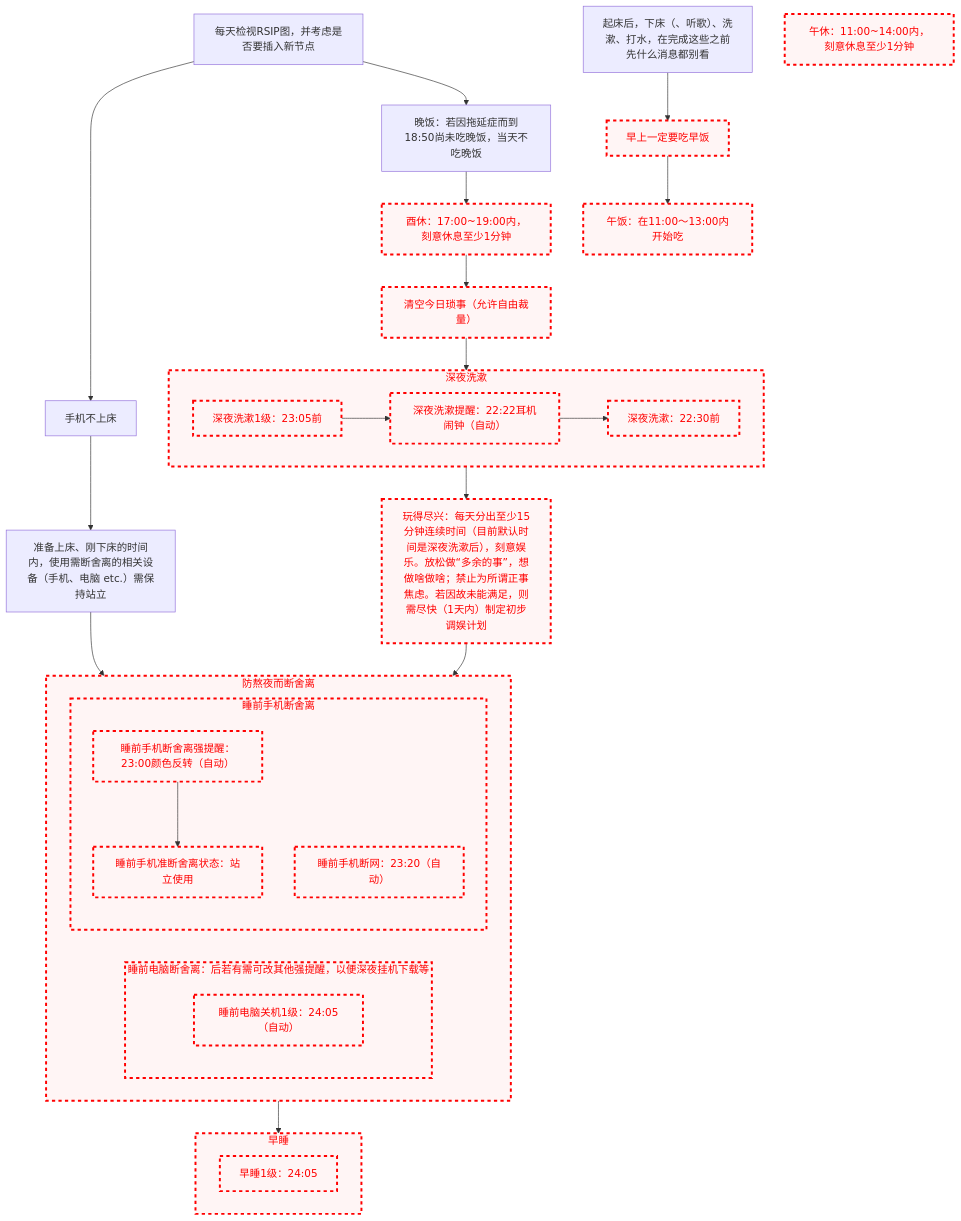
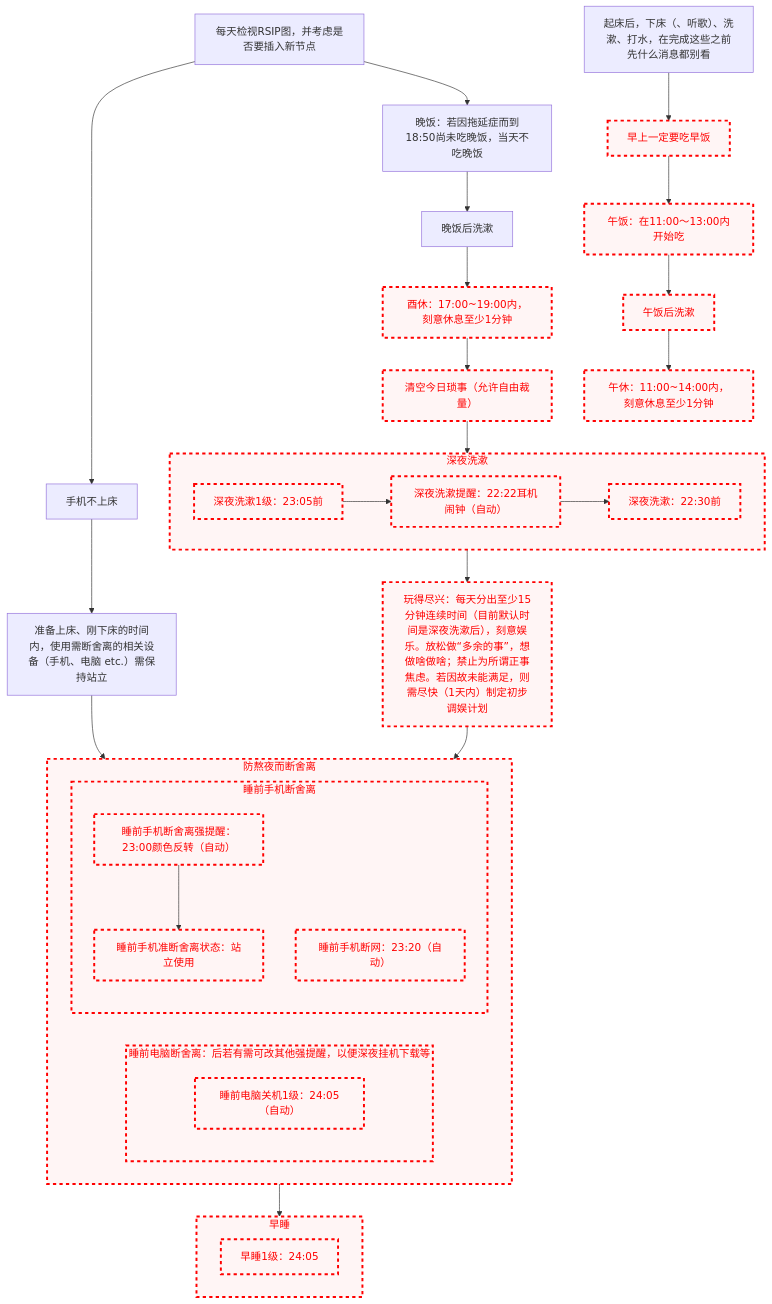
The diagram in README.md (Ethkuil/RSIP-tree), drawn with Mermaid before and after one commit.

Commit message:
insert 晚饭后洗漱

````diff
--- a/README.md
+++ b/README.md
@@ -21,67 +21,69 @@
 ```mermaid
 graph TD
 
 classDef failed stroke:#ff0000, stroke-width:3px, color:#ff0000, fill:#fff5f5, stroke-dasharray: 5
 
 RSIP[每天检视RSIP图，并考虑是否要插入新节点]
 
 
 RSIP --> 手机不上床
 手机不上床 --> 站立使用[准备上床、刚下床的时间内，使用需断舍离的相关设备（手机、电脑 etc.）需保持站立]
 
 RSIP --> 晚饭[晚饭：若因拖延症而到18:50尚未吃晚饭，当天不吃晚饭]
-晚饭 --> 酉休[酉休：17:00~19:00内，刻意休息至少1分钟]
+晚饭 --> 晚饭后洗漱
+晚饭后洗漱 --> 酉休[酉休：17:00~19:00内，刻意休息至少1分钟]
 class 酉休 failed
 酉休 --> 今日琐事[清空今日琐事（允许自由裁量）]
 class 今日琐事 failed
 今日琐事 --> 深夜洗漱
 subgraph 深夜洗漱
   深夜洗漱1级[深夜洗漱1级：23:05前]
   class 深夜洗漱1级 failed
   深夜洗漱1级 --> 深夜洗漱提醒[深夜洗漱提醒：22:22耳机闹钟（自动）]
   class 深夜洗漱提醒 failed
   深夜洗漱提醒 --> 深夜洗漱最高级[深夜洗漱：22:30前]
   class 深夜洗漱最高级 failed
 end
 class 深夜洗漱 failed
 深夜洗漱 --> 玩得尽兴[玩得尽兴：每天分出至少15分钟连续时间（目前默认时间是深夜洗漱后），刻意娱乐。放松做“多余的事”，想做啥做啥；禁止为所谓正事焦虑。若因故未能满足，则需尽快（1天内）制定初步调娱计划]
 class 玩得尽兴 failed
 
 站立使用 --> 防熬夜而断舍离
 玩得尽兴 --> 防熬夜而断舍离
 subgraph 防熬夜而断舍离
   subgraph 睡前电脑断舍离[睡前电脑断舍离：后若有需可改其他强提醒，以便深夜挂机下载等]
     睡前电脑关机1级[睡前电脑关机1级：24:05（自动）]
     class 睡前电脑关机1级 failed
   end
   class 睡前电脑断舍离 failed
 
   subgraph 睡前手机断舍离
     睡前手机断舍离强提醒[睡前手机断舍离强提醒：23:00颜色反转（自动）]
     class 睡前手机断舍离强提醒 failed
     睡前手机断舍离强提醒 --> 睡前手机准断舍离状态[睡前手机准断舍离状态：站立使用]
     class 睡前手机准断舍离状态 failed
     睡前手机断网[睡前手机断网：23:20（自动）]
     class 睡前手机断网 failed
   end
   class 睡前手机断舍离 failed
 end
 class 防熬夜而断舍离 failed
 防熬夜而断舍离 --> 早睡
 subgraph 早睡
   早睡1级[早睡1级：24:05]
   class 早睡1级 failed
 end
 class 早睡 failed
 
 
 清晨洗漱[起床后，下床（、听歌）、洗漱、打水，在完成这些之前先什么消息都别看]
 
 清晨洗漱 --> 早饭[早上一定要吃早饭]
 class 早饭 failed
 早饭 --> 午饭[午饭：在11:00～13:00内开始吃]
 class 午饭 failed
-
-午休[午休：11:00~14:00内，刻意休息至少1分钟]
+午饭 --> 午饭后洗漱
+class 午饭后洗漱 failed
+午饭后洗漱 --> 午休[午休：11:00~14:00内，刻意休息至少1分钟]
 class 午休 failed
 ```
````
